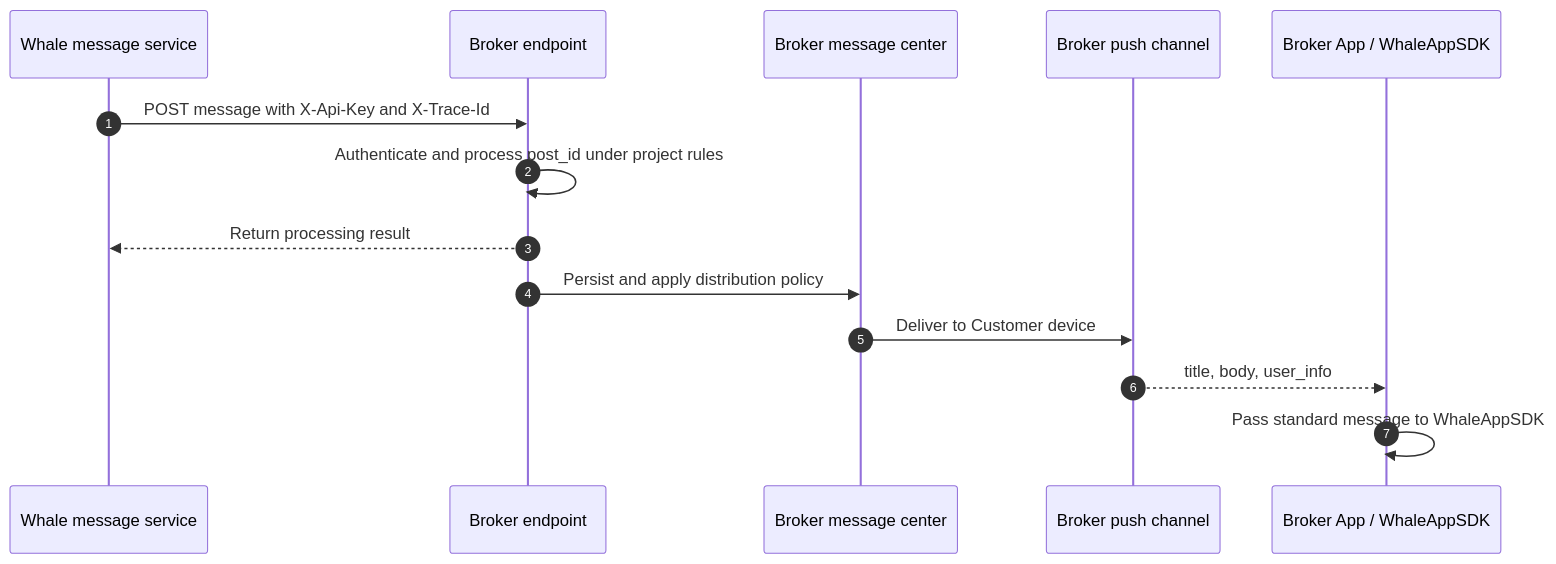
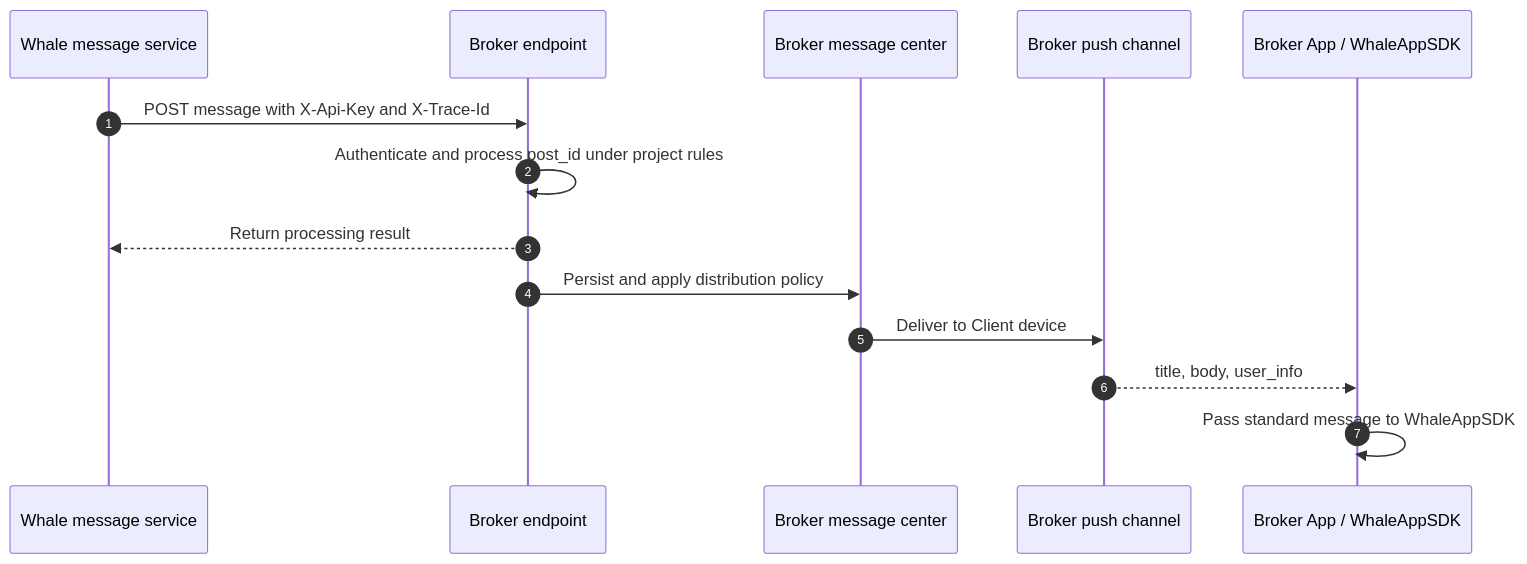
One commit to longbridge/whale-docs changed the second of 2 diagrams in docs/en/docs/message-push.mdx. Above: the diagram before and after it, drawn with Mermaid. The commit also changed other lines of this file and 72 other files, not shown here.

First line of the commit message:
docs: rename Customer to Client and scope heading anchors to docs/

````diff
--- a/docs/en/docs/message-push.mdx
+++ b/docs/en/docs/message-push.mdx
@@ -92,16 +92,16 @@
 ```mermaid
 sequenceDiagram
     autonumber
     participant Whale as Whale message service
     participant Endpoint as Broker endpoint
     participant Center as Broker message center
     participant Channel as Broker push channel
     participant App as Broker App / WhaleAppSDK
     Whale->>Endpoint: POST message with X-Api-Key and X-Trace-Id
     Endpoint->>Endpoint: Authenticate and process post_id under project rules
     Endpoint-->>Whale: Return processing result
     Endpoint->>Center: Persist and apply distribution policy
-    Center->>Channel: Deliver to Customer device
+    Center->>Channel: Deliver to Client device
     Channel-->>App: title, body, user_info
     App->>App: Pass standard message to WhaleAppSDK
 ```
````
